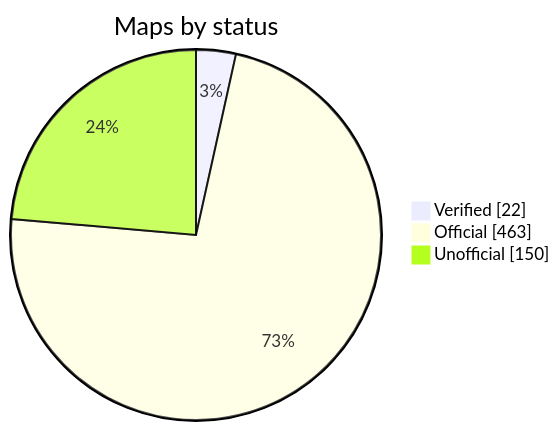
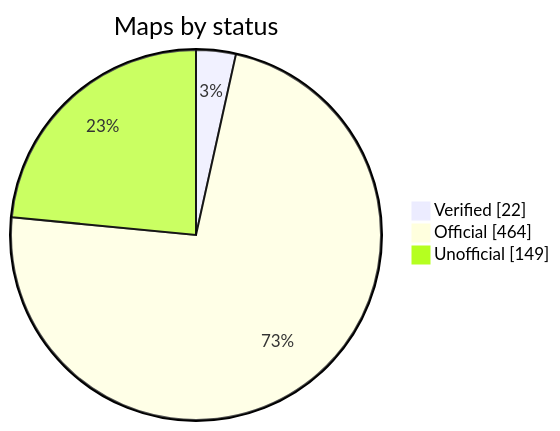
One commit to nobrega8/mbmap-library changed the diagram in README.md. Above: the diagram before and after it, drawn with Mermaid. The commit also changed 6 other files, not shown here.

````diff
--- a/README.md
+++ b/README.md
@@ -52,7 +52,7 @@
 ```mermaid
 pie showData
     title Maps by status
     "Verified" : 22
-    "Official" : 463
-    "Unofficial" : 150
+    "Official" : 464
+    "Unofficial" : 149
 ```
````
